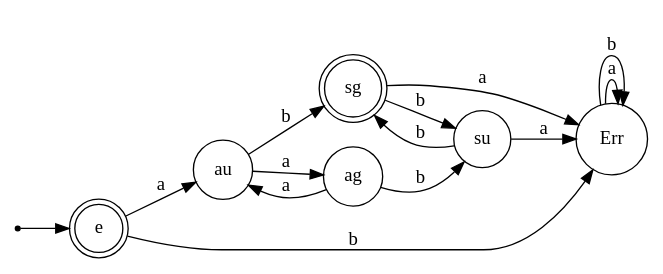
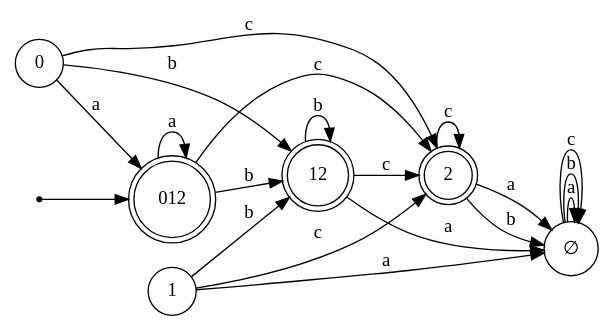
One commit to KoKoKotlin/AutomatonSimulator changed the diagram in res/automaton.dot. Above: the diagram before and after it, drawn with Graphviz. The commit also changed 7 other files, not shown here.

```diff
--- a/res/automaton.dot
+++ b/res/automaton.dot
@@ -1,20 +1,27 @@
 digraph {
 	rankdir=LR
 	node [shape = point]; xxxxxxxxxxxxxxxxxxxxxxxxxx
-	sg [shape=doublecircle]
-	e [shape=doublecircle]
-	xxxxxxxxxxxxxxxxxxxxxxxxxx -> e
+	2 [shape=doublecircle]
+	012 [shape=doublecircle]
+	12 [shape=doublecircle]
+	xxxxxxxxxxxxxxxxxxxxxxxxxx -> 012
 	node [shape = circle];
-	e -> au [label = " a"]
-	e -> Err [label = " b"]
-	Err -> Err [label = " a"]
-	Err -> Err [label = " b"]
-	ag -> au [label = " a"]
-	ag -> su [label = " b"]
-	au -> ag [label = " a"]
-	au -> sg [label = " b"]
-	sg -> Err [label = " a"]
-	sg -> su [label = " b"]
-	su -> Err [label = " a"]
-	su -> sg [label = " b"]
+	0 -> 012 [label = " a"]
+	0 -> 12 [label = " b"]
+	0 -> 2 [label = " c"]
+	1 -> ∅ [label = " a"]
+	1 -> 12 [label = " b"]
+	1 -> 2 [label = " c"]
+	2 -> ∅ [label = " a"]
+	2 -> ∅ [label = " b"]
+	2 -> 2 [label = " c"]
+	012 -> 012 [label = " a"]
+	012 -> 12 [label = " b"]
+	012 -> 2 [label = " c"]
+	12 -> ∅ [label = " a"]
+	12 -> 12 [label = " b"]
+	12 -> 2 [label = " c"]
+	∅ -> ∅ [label = " a"]
+	∅ -> ∅ [label = " b"]
+	∅ -> ∅ [label = " c"]
 }
```
